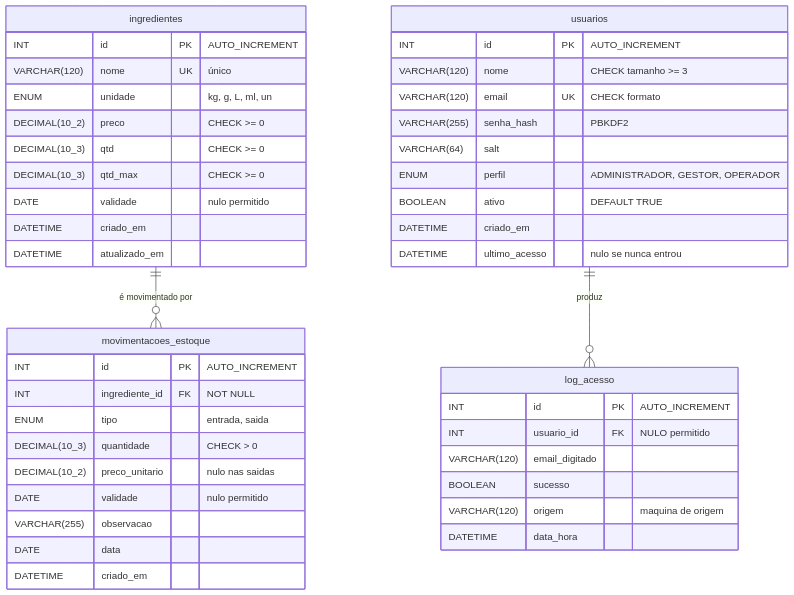
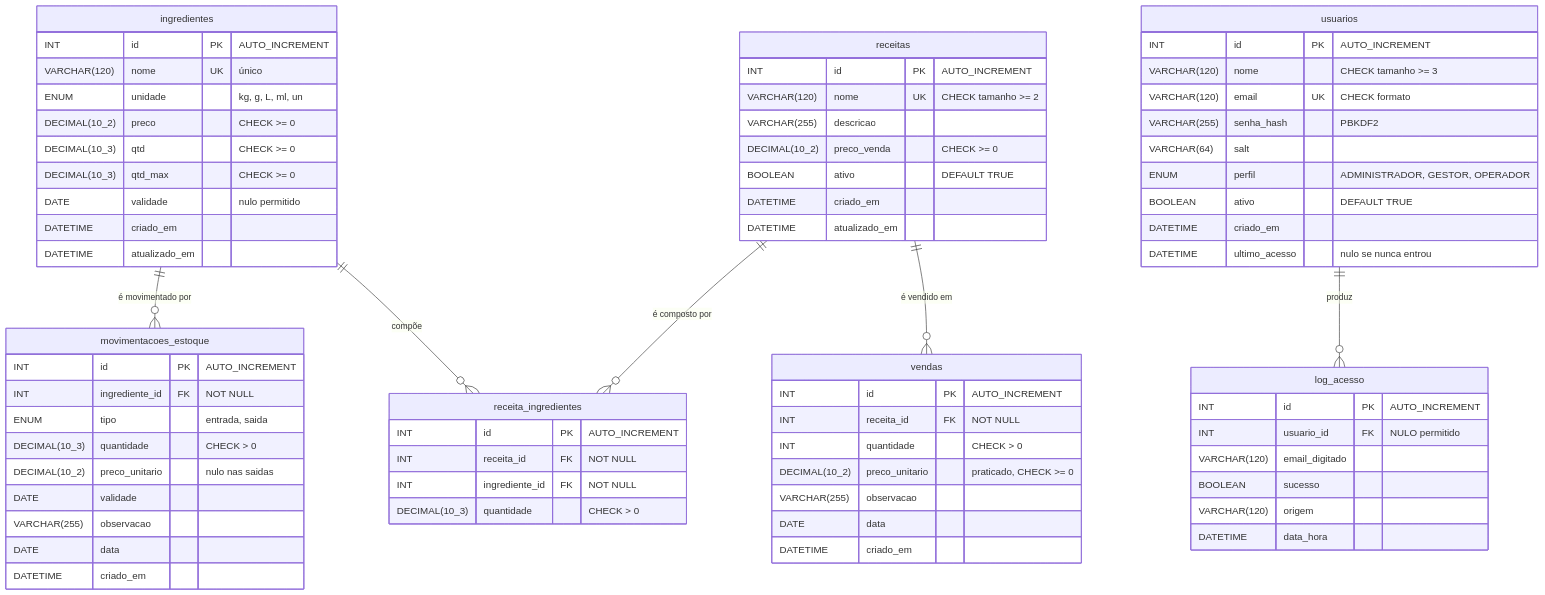
One commit to Custo-Certo/versao_3semestre changed the diagram in docs/modelo-de-dados.md. Above: the diagram before and after it, drawn with Mermaid. The commit also changed other lines of this file and 4 other files, not shown here.

````diff
--- a/docs/modelo-de-dados.md
+++ b/docs/modelo-de-dados.md
@@ -45,50 +53,80 @@
 ```mermaid
 erDiagram
     ingredientes ||--o{ movimentacoes_estoque : "é movimentado por"
+    ingredientes ||--o{ receita_ingredientes  : "compõe"
+    receitas     ||--o{ receita_ingredientes  : "é composto por"
+    receitas     ||--o{ vendas                : "é vendido em"
     usuarios     ||--o{ log_acesso            : "produz"
 
     ingredientes {
         INT           id           PK "AUTO_INCREMENT"
         VARCHAR(120)  nome         UK "único"
         ENUM          unidade      "kg, g, L, ml, un"
         DECIMAL(10_2) preco        "CHECK >= 0"
         DECIMAL(10_3) qtd          "CHECK >= 0"
         DECIMAL(10_3) qtd_max      "CHECK >= 0"
         DATE          validade     "nulo permitido"
         DATETIME      criado_em
         DATETIME      atualizado_em
     }
 
     movimentacoes_estoque {
         INT           id             PK "AUTO_INCREMENT"
         INT           ingrediente_id FK "NOT NULL"
         ENUM          tipo           "entrada, saida"
         DECIMAL(10_3) quantidade     "CHECK > 0"
         DECIMAL(10_2) preco_unitario "nulo nas saidas"
-        DATE          validade       "nulo permitido"
+        DATE          validade
+        VARCHAR(255)  observacao
+        DATE          data
+        DATETIME      criado_em
+    }
+
+    receitas {
+        INT           id            PK "AUTO_INCREMENT"
+        VARCHAR(120)  nome          UK "CHECK tamanho >= 2"
+        VARCHAR(255)  descricao
+        DECIMAL(10_2) preco_venda   "CHECK >= 0"
+        BOOLEAN       ativo         "DEFAULT TRUE"
+        DATETIME      criado_em
+        DATETIME      atualizado_em
+    }
+
+    receita_ingredientes {
+        INT           id             PK "AUTO_INCREMENT"
+        INT           receita_id     FK "NOT NULL"
+        INT           ingrediente_id FK "NOT NULL"
+        DECIMAL(10_3) quantidade     "CHECK > 0"
+    }
+
+    vendas {
+        INT           id             PK "AUTO_INCREMENT"
+        INT           receita_id     FK "NOT NULL"
+        INT           quantidade     "CHECK > 0"
+        DECIMAL(10_2) preco_unitario "praticado, CHECK >= 0"
         VARCHAR(255)  observacao
         DATE          data
         DATETIME      criado_em
     }
 
     usuarios {
         INT           id            PK "AUTO_INCREMENT"
         VARCHAR(120)  nome          "CHECK tamanho >= 3"
         VARCHAR(120)  email         UK "CHECK formato"
         VARCHAR(255)  senha_hash    "PBKDF2"
         VARCHAR(64)   salt
         ENUM          perfil        "ADMINISTRADOR, GESTOR, OPERADOR"
         BOOLEAN       ativo         "DEFAULT TRUE"
         DATETIME      criado_em
         DATETIME      ultimo_acesso "nulo se nunca entrou"
     }
 
     log_acesso {
         INT           id             PK "AUTO_INCREMENT"
         INT           usuario_id     FK "NULO permitido"
         VARCHAR(120)  email_digitado
         BOOLEAN       sucesso
-        VARCHAR(120)  origem         "maquina de origem"
+        VARCHAR(120)  origem
         DATETIME      data_hora
     }
 ```
````
